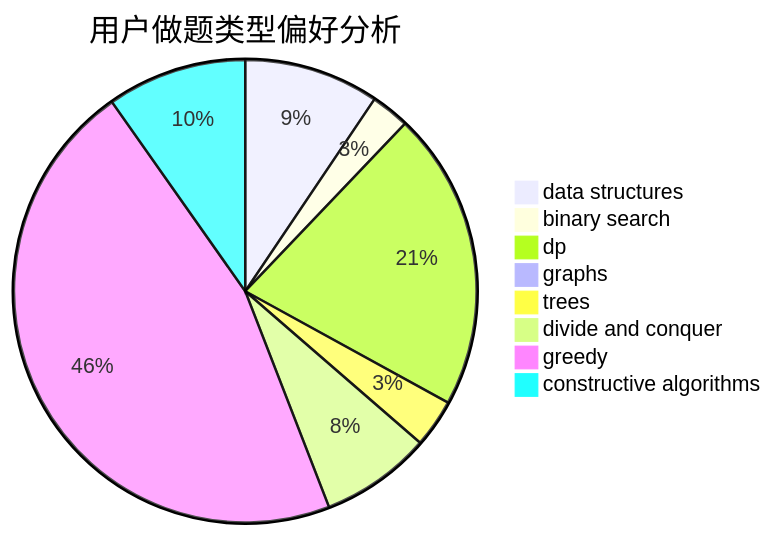
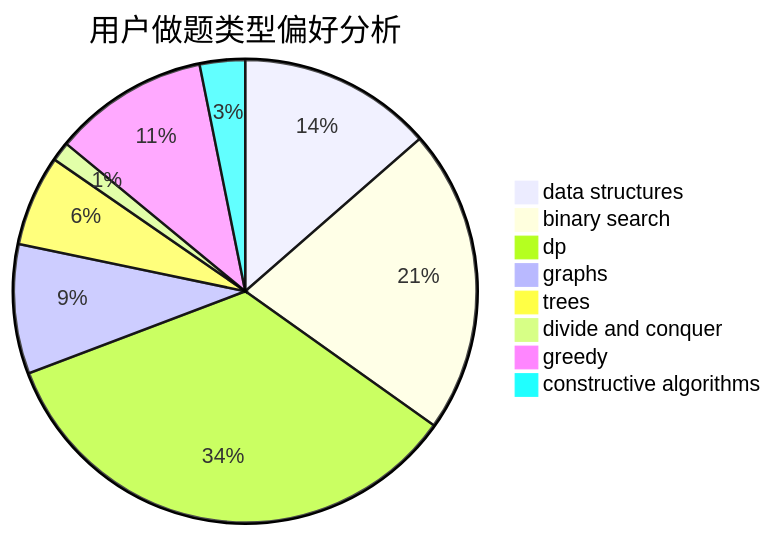
One commit to sherpahu/cfrs.github.io changed the second of 3 diagrams in docs/user/u1292.md. Above: the diagram before and after it, drawn with Mermaid. The commit also changed other lines of this file and 2770 other files, not shown here.

````diff
--- a/docs/user/u1292.md
+++ b/docs/user/u1292.md
@@ -23,11 +23,11 @@
 ```mermaid
 pie title 用户做题类型偏好分析
-    "data structures" :  28
-    "binary search" :  8
-    "dp" :  62
-    "graphs" :  0
-    "trees" :  10
-    "divide and conquer" :  23
-    "greedy" :  137
-    "constructive algorithms" :  29
+    "data structures" :  30
+    "binary search" :  47
+    "dp" :  76
+    "graphs" :  20
+    "trees" :  14
+    "divide and conquer" :  3
+    "greedy" :  24
+    "constructive algorithms" :  7
 ```
````
